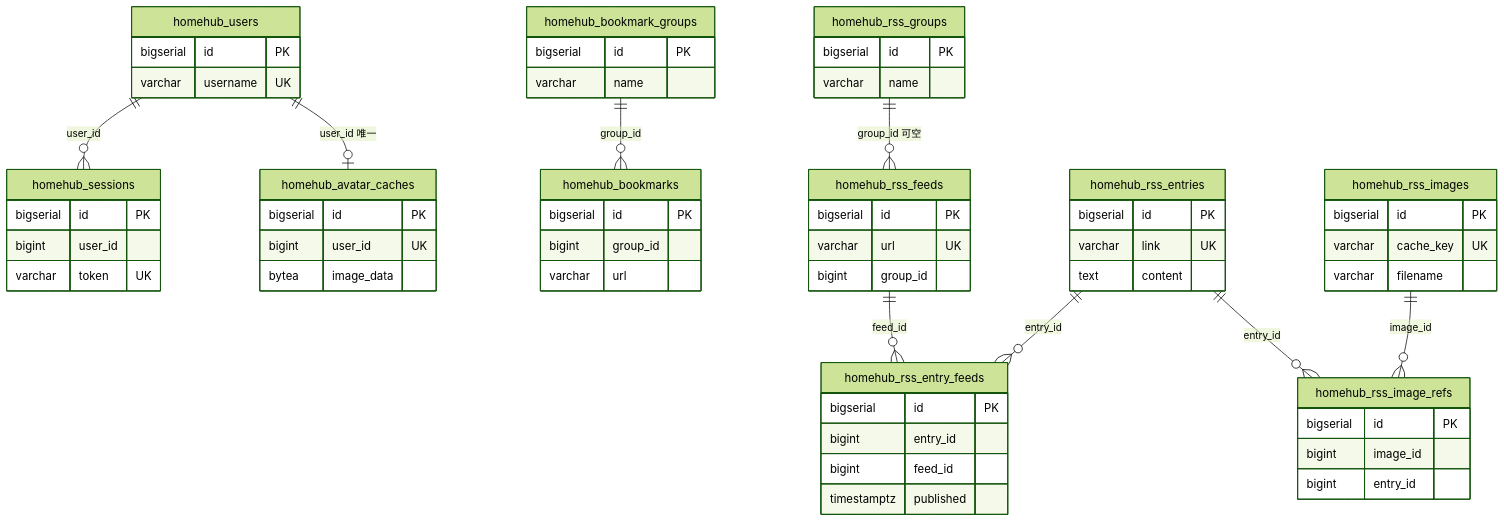
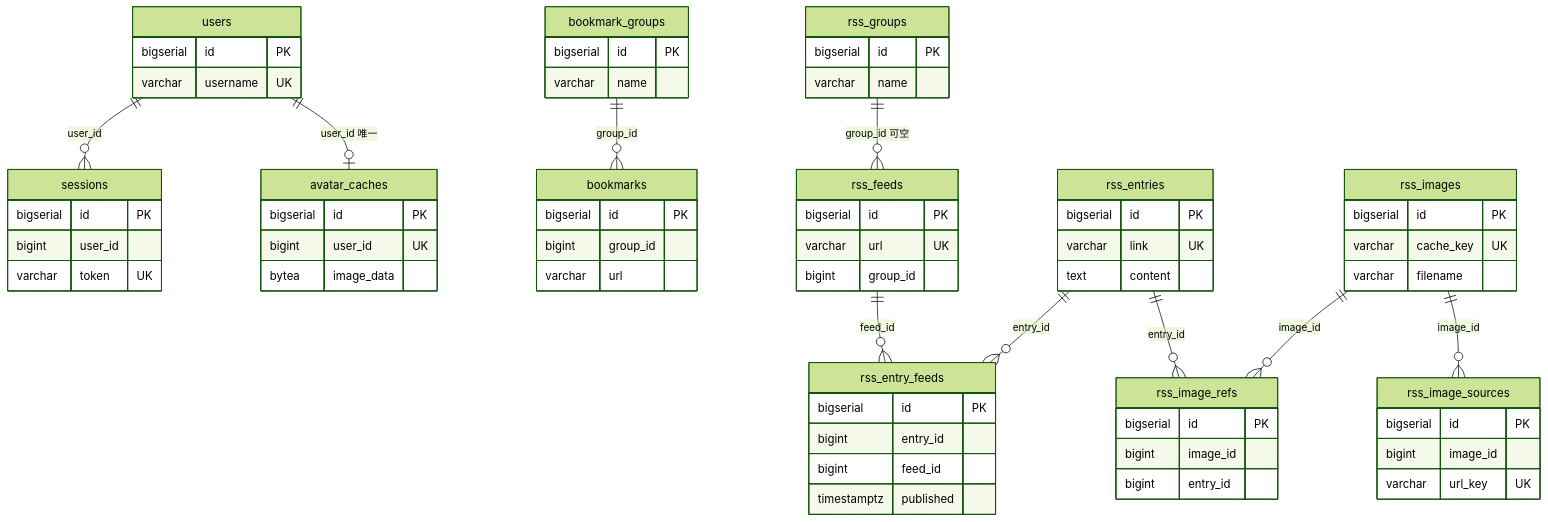
Before and after one commit to ignvex/Homehub: the diagram in docs/tables.md, drawn with Mermaid (forest theme). The commit also changed other lines of this file and 71 other files, not shown here.

````diff
--- a/docs/tables.md
+++ b/docs/tables.md
@@ -68,65 +78,71 @@
 ```mermaid
 erDiagram
-    homehub_users ||--o{ homehub_sessions : "user_id"
-    homehub_users ||--o| homehub_avatar_caches : "user_id 唯一"
-    homehub_bookmark_groups ||--o{ homehub_bookmarks : "group_id"
-    homehub_rss_groups ||--o{ homehub_rss_feeds : "group_id 可空"
-    homehub_rss_feeds ||--o{ homehub_rss_entry_feeds : "feed_id"
-    homehub_rss_entries ||--o{ homehub_rss_entry_feeds : "entry_id"
-    homehub_rss_images ||--o{ homehub_rss_image_refs : "image_id"
-    homehub_rss_entries ||--o{ homehub_rss_image_refs : "entry_id"
+    users ||--o{ sessions : "user_id"
+    users ||--o| avatar_caches : "user_id 唯一"
+    bookmark_groups ||--o{ bookmarks : "group_id"
+    rss_groups ||--o{ rss_feeds : "group_id 可空"
+    rss_feeds ||--o{ rss_entry_feeds : "feed_id"
+    rss_entries ||--o{ rss_entry_feeds : "entry_id"
+    rss_images ||--o{ rss_image_refs : "image_id"
+    rss_images ||--o{ rss_image_sources : "image_id"
+    rss_entries ||--o{ rss_image_refs : "entry_id"
 
-    homehub_users {
+    users {
         bigserial id PK
         varchar username UK
     }
-    homehub_sessions {
+    sessions {
         bigserial id PK
         bigint user_id
         varchar token UK
     }
-    homehub_avatar_caches {
+    avatar_caches {
         bigserial id PK
         bigint user_id UK
         bytea image_data
     }
-    homehub_bookmark_groups {
+    bookmark_groups {
         bigserial id PK
         varchar name
     }
-    homehub_bookmarks {
+    bookmarks {
         bigserial id PK
         bigint group_id
         varchar url
     }
-    homehub_rss_groups {
+    rss_groups {
         bigserial id PK
         varchar name
     }
-    homehub_rss_feeds {
+    rss_feeds {
         bigserial id PK
         varchar url UK
         bigint group_id
     }
-    homehub_rss_entries {
+    rss_entries {
         bigserial id PK
         varchar link UK
         text content
     }
-    homehub_rss_entry_feeds {
+    rss_entry_feeds {
         bigserial id PK
         bigint entry_id
         bigint feed_id
         timestamptz published
     }
-    homehub_rss_images {
+    rss_images {
         bigserial id PK
         varchar cache_key UK
         varchar filename
     }
-    homehub_rss_image_refs {
+    rss_image_sources {
+        bigserial id PK
+        bigint image_id
+        varchar url_key UK
+    }
+    rss_image_refs {
         bigserial id PK
         bigint image_id
         bigint entry_id
     }
 ```
````
